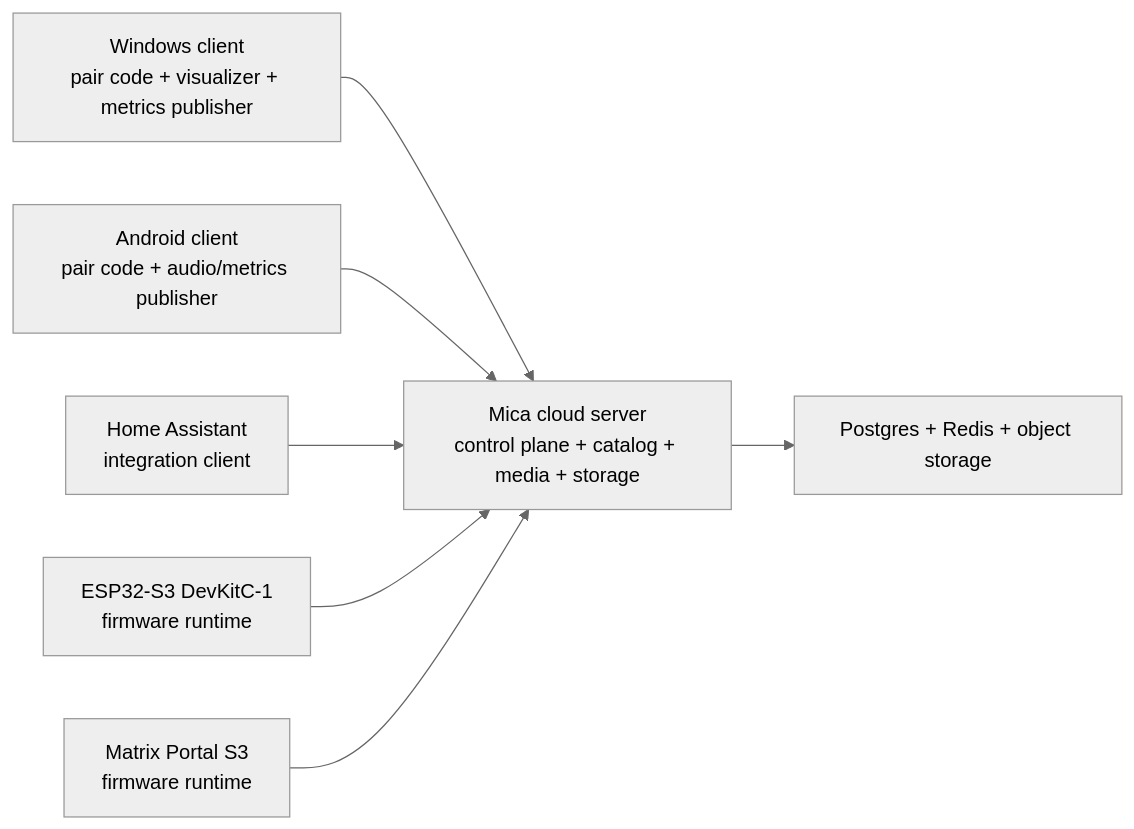
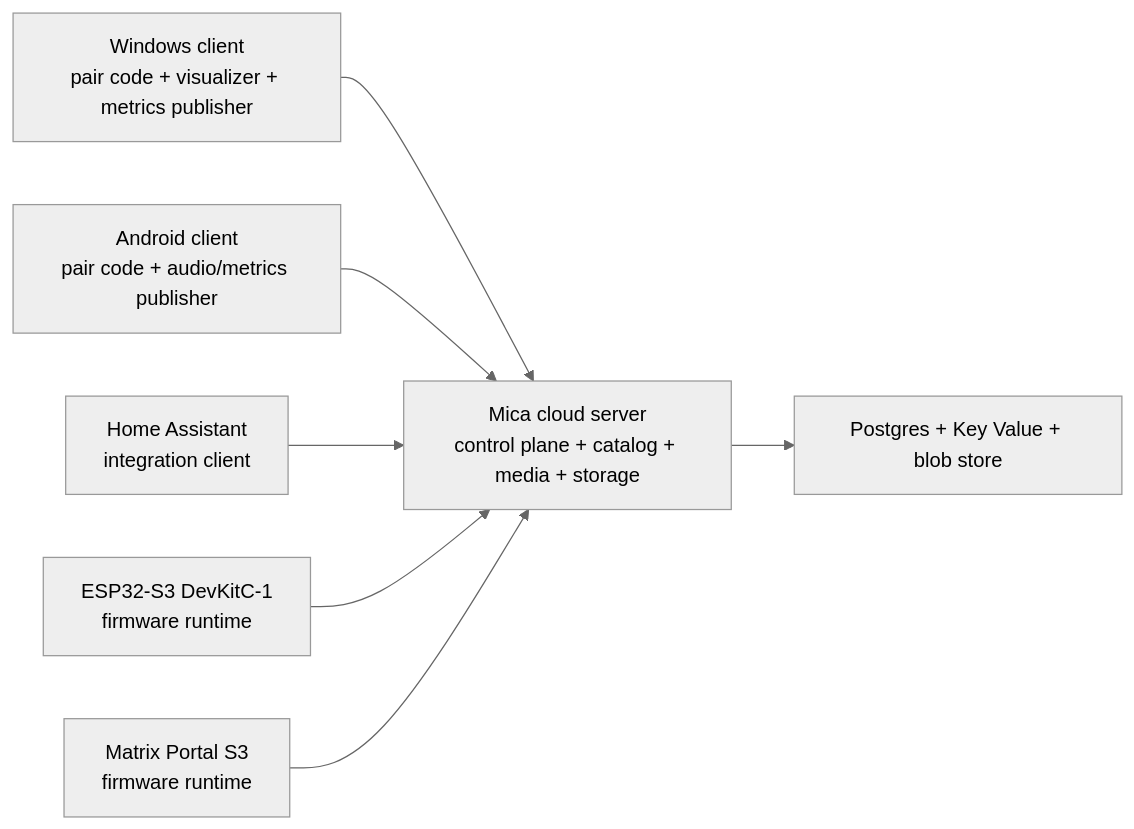
Before and after one commit to eliel-dev/mica-audio: the first of 2 diagrams in docs/wiki/architecture/07-cloud-first-multi-panel-future-architecture.md, drawn with Mermaid (neutral theme). The commit also changed other lines of this file and 30 other files, not shown here.

````diff
--- a/docs/wiki/architecture/07-cloud-first-multi-panel-future-architecture.md
+++ b/docs/wiki/architecture/07-cloud-first-multi-panel-future-architecture.md
@@ -48,17 +48,17 @@
 ```mermaid
 flowchart LR
     Win["Windows client\npair code + visualizer + metrics publisher"]
     Android["Android client\npair code + audio/metrics publisher"]
     Cloud["Mica cloud server\ncontrol plane + catalog + media + storage"]
     HA["Home Assistant\nintegration client"]
     DevKit["ESP32-S3 DevKitC-1\nfirmware runtime"]
     MatrixPortal["Matrix Portal S3\nfirmware runtime"]
-    Storage["Postgres + Redis + object storage"]
+    Storage["Postgres + Key Value + blob store"]
 
     Win --> Cloud
     Android --> Cloud
     HA --> Cloud
     Cloud --> Storage
     DevKit --> Cloud
     MatrixPortal --> Cloud
 ```
````
